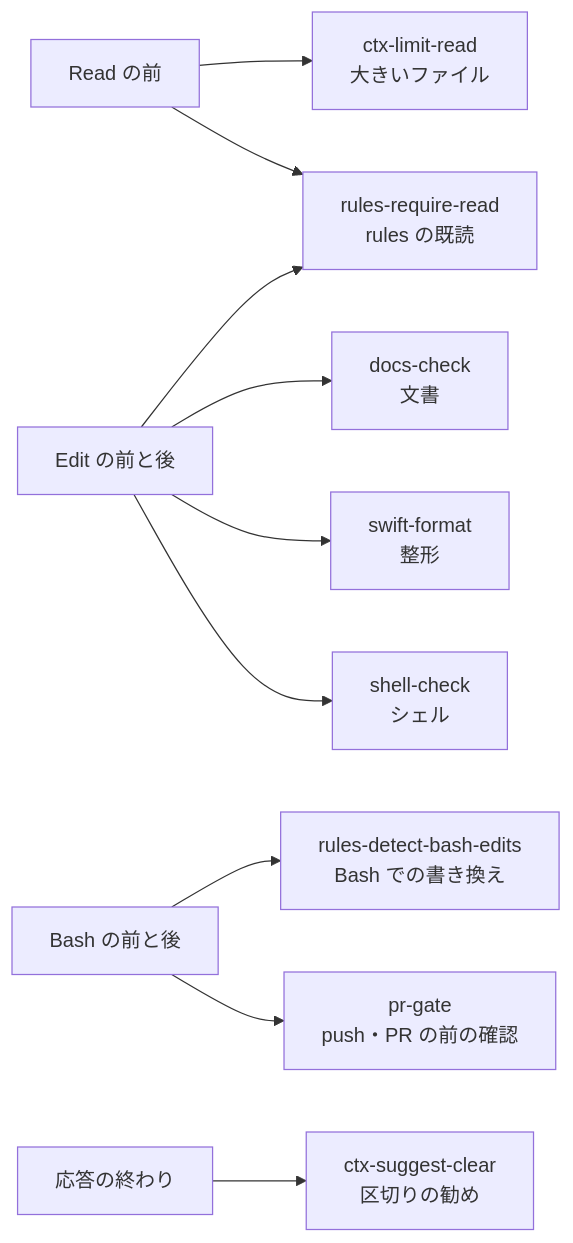
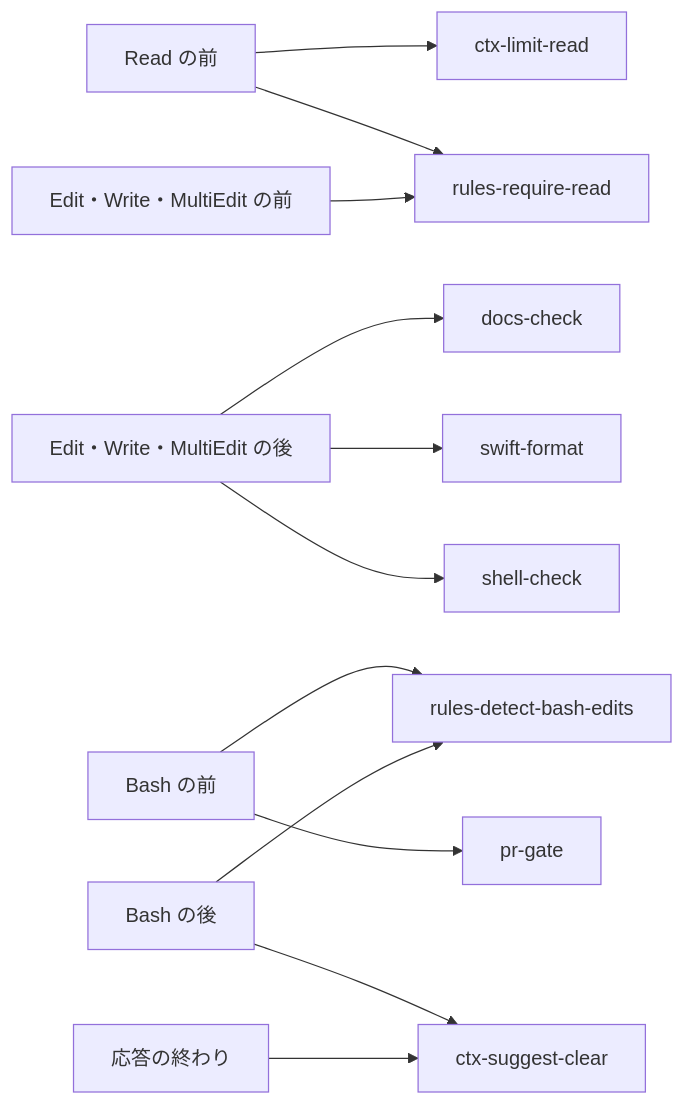
One commit to yossibank/claude-config changed the first of 2 diagrams in README.md. Above: the diagram before and after it, drawn with Mermaid. The commit also changed other lines of this file and 155 other files, not shown here.

````diff
--- a/README.md
+++ b/README.md
@@ -59,12 +97,14 @@
 ```mermaid
 flowchart LR
-    Read["Read の前"] --> guard["ctx-limit-read<br/>大きいファイル"]
-    Read --> load["rules-require-read<br/>rules の既読"]
-    Edit["Edit の前と後"] --> load
-    Edit --> docs["docs-check<br/>文書"]
-    Edit --> swift["swift-format<br/>整形"]
-    Edit --> shell["shell-check<br/>シェル"]
-    Bash["Bash の前と後"] --> edits["rules-detect-bash-edits<br/>Bash での書き換え"]
-    Bash --> pr["pr-gate<br/>push・PR の前の確認"]
-    Stop["応答の終わり"] --> clear["ctx-suggest-clear<br/>区切りの勧め"]
+    readBefore["Read の前"] --> limit["ctx-limit-read"]
+    readBefore --> require["rules-require-read"]
+    editBefore["Edit・Write・MultiEdit の前"] --> require
+    editAfter["Edit・Write・MultiEdit の後"] --> docs["docs-check"]
+    editAfter --> swift["swift-format"]
+    editAfter --> shell["shell-check"]
+    bashBefore["Bash の前"] --> detect["rules-detect-bash-edits"]
+    bashBefore --> gate["pr-gate"]
+    bashAfter["Bash の後"] --> detect
+    bashAfter --> clear["ctx-suggest-clear"]
+    stop["応答の終わり"] --> clear
 ```
````
